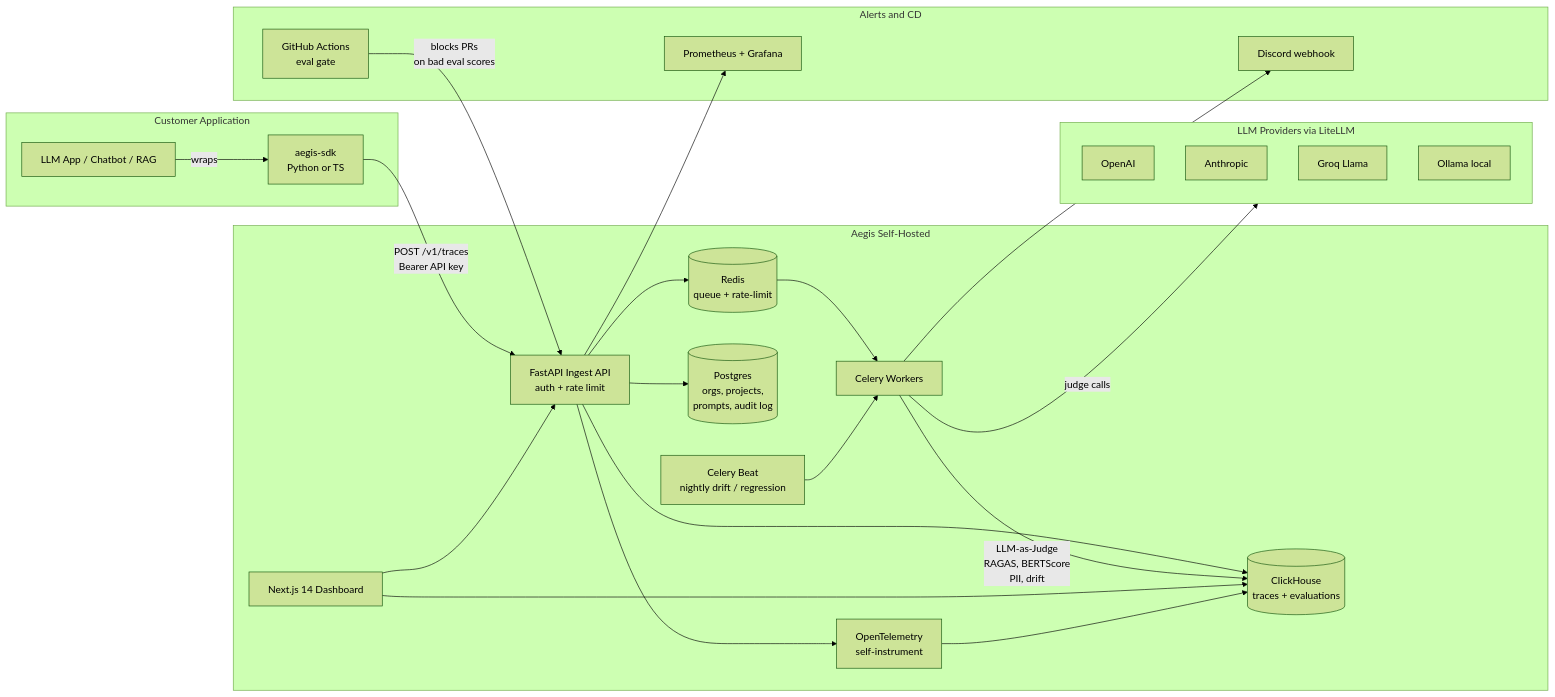
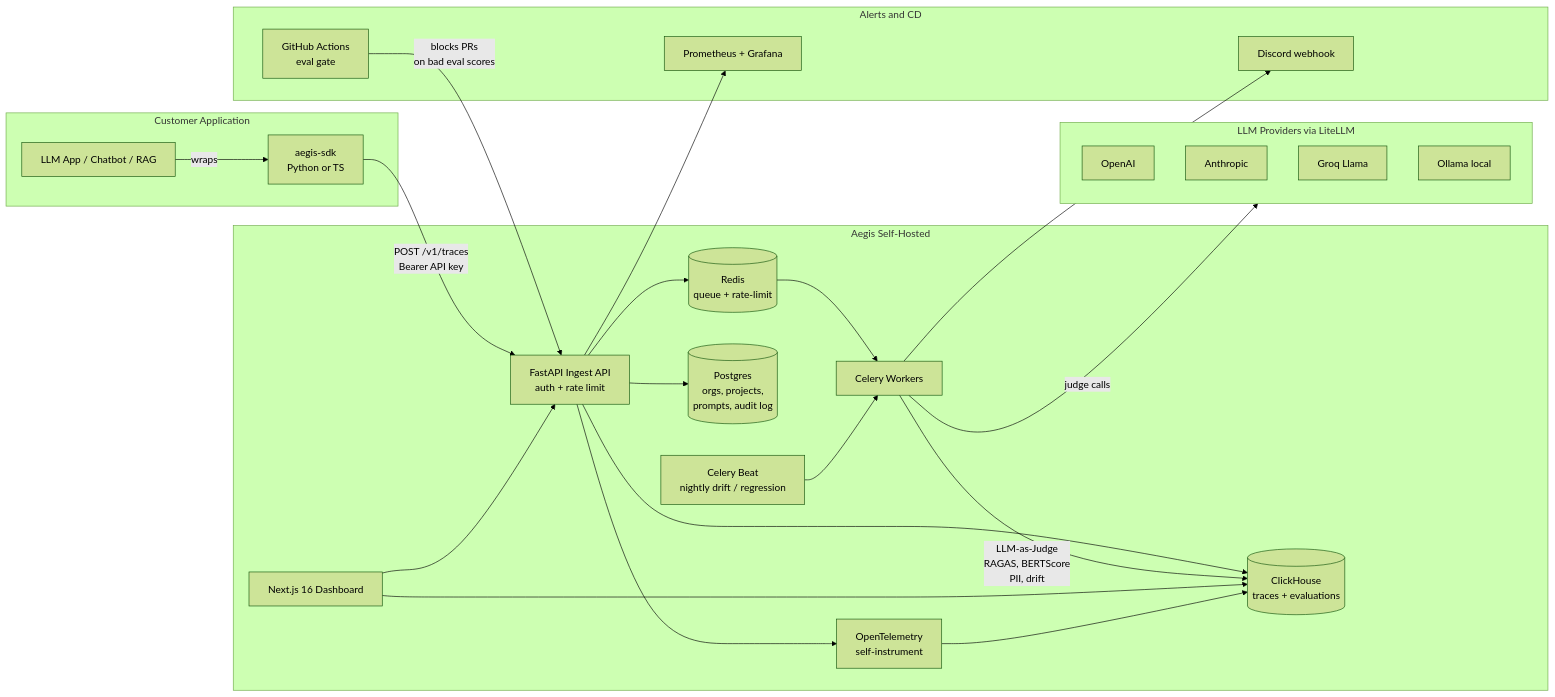
Before and after one commit to Pottri-22/llm-observability-platform: the diagram in README.md, drawn with Mermaid (forest theme). The commit also changed other lines of this file and 42 other files, not shown here.

````diff
--- a/README.md
+++ b/README.md
@@ -94,51 +94,51 @@
 ```mermaid
 flowchart LR
     subgraph Customer["Customer Application"]
         APP[LLM App / Chatbot / RAG]
         SDK[aegis-sdk<br/>Python or TS]
         APP -->|wraps| SDK
     end
 
     SDK -->|POST /v1/traces<br/>Bearer API key| API
 
     subgraph Aegis["Aegis Self-Hosted"]
         API[FastAPI Ingest API<br/>auth + rate limit]
         REDIS[(Redis<br/>queue + rate-limit)]
         CH[(ClickHouse<br/>traces + evaluations)]
         PG[(Postgres<br/>orgs, projects,<br/>prompts, audit log)]
         CELERY[Celery Workers]
         BEAT[Celery Beat<br/>nightly drift / regression]
-        DASH[Next.js 14 Dashboard]
+        DASH[Next.js 16 Dashboard]
         OTEL[OpenTelemetry<br/>self-instrument]
 
         API --> CH
         API --> PG
         API --> REDIS
         REDIS --> CELERY
         BEAT --> CELERY
         CELERY -->|LLM-as-Judge<br/>RAGAS, BERTScore<br/>PII, drift| CH
         DASH --> API
         DASH --> CH
         API --> OTEL
         OTEL --> CH
     end
 
     subgraph Providers["LLM Providers via LiteLLM"]
         OPENAI[OpenAI]
         ANTH[Anthropic]
         GROQ[Groq Llama]
         OLLAMA[Ollama local]
     end
 
     CELERY -->|judge calls| Providers
 
     subgraph Outbound["Alerts and CD"]
         DISCORD[Discord webhook]
         GH[GitHub Actions<br/>eval gate]
         PROM[Prometheus + Grafana]
     end
 
     CELERY --> DISCORD
     API --> PROM
     GH -->|blocks PRs<br/>on bad eval scores| API
 ```
````
